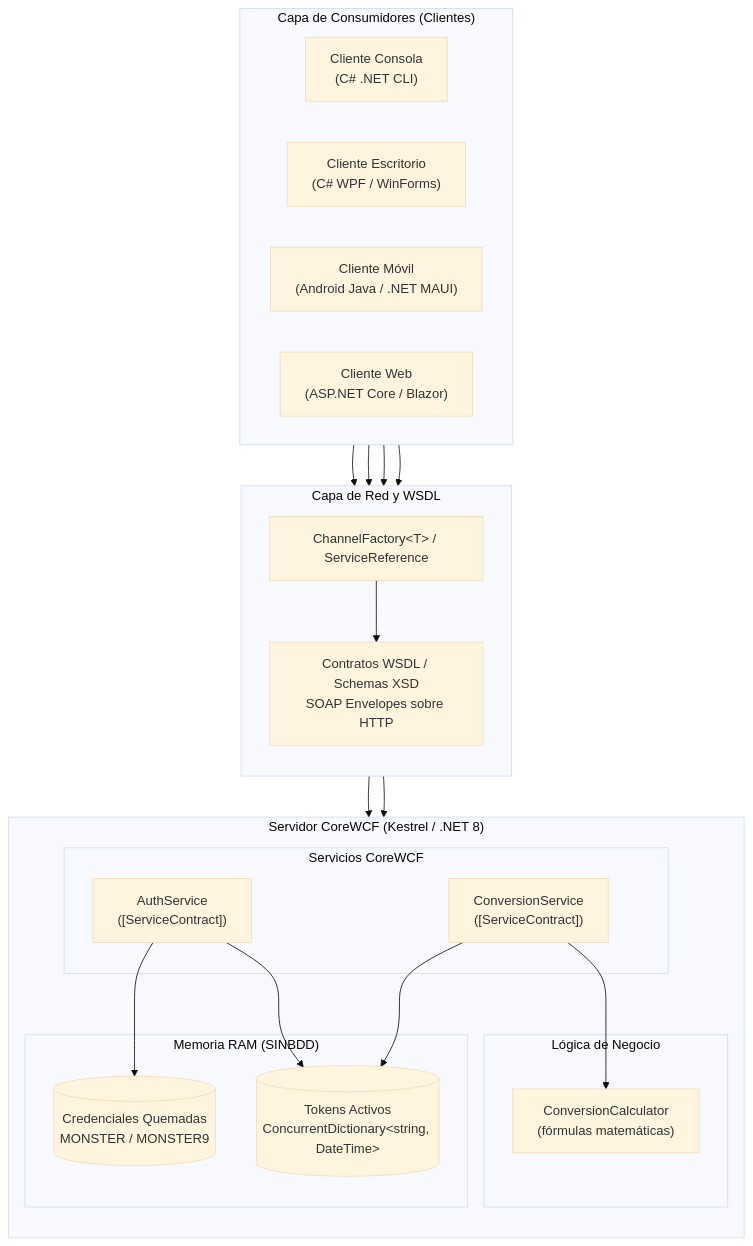
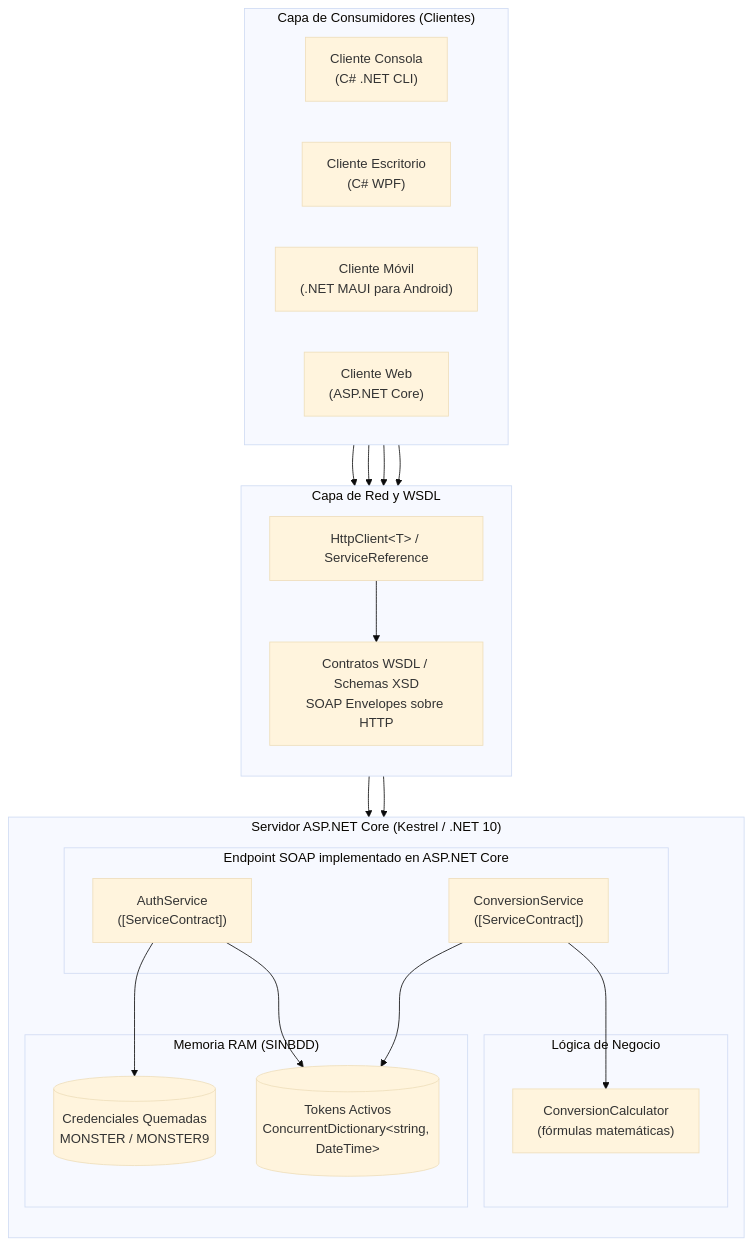
The seventh of 7 diagrams in vault/06-projects/ti-1-2-soap-dotnet/diagrams.md (JulioViche/u1-sw-arch), drawn with Mermaid (base theme) before and after one commit. The commit also changed other lines of this file and 18 other files, not shown here.

Commit message:
docs(dotnet): corregir stack MAUI y servicios

````diff
--- a/vault/06-projects/ti-1-2-soap-dotnet/diagrams.md
+++ b/vault/06-projects/ti-1-2-soap-dotnet/diagrams.md
@@ -237,47 +237,47 @@
 ```mermaid
 flowchart TB
     subgraph ClientesDotNet ["Capa de Consumidores (Clientes)"]
         direction LR
         CC["Cliente Consola<br/>(C# .NET CLI)"]
-        CE["Cliente Escritorio<br/>(C# WPF / WinForms)"]
-        CM["Cliente Móvil<br/>(Android Java / .NET MAUI)"]
-        CW["Cliente Web<br/>(ASP.NET Core / Blazor)"]
+        CE["Cliente Escritorio<br/>(C# WPF)"]
+        CM["Cliente Móvil<br/>(.NET MAUI para Android)"]
+        CW["Cliente Web<br/>(ASP.NET Core)"]
     end
 
     subgraph Integracion ["Capa de Red y WSDL"]
         direction TB
         WSDL_DEF["Contratos WSDL / Schemas XSD<br/>SOAP Envelopes sobre HTTP"]
-        PROXY_CF["ChannelFactory&lt;T&gt; / ServiceReference"]
+        PROXY_CF["HttpClient&lt;T&gt; / ServiceReference"]
     end
 
-    subgraph ServidorKestrel ["Servidor CoreWCF (Kestrel / .NET 8)"]
+    subgraph ServidorKestrel ["Servidor ASP.NET Core (Kestrel / .NET 10)"]
         direction TB
-        subgraph ServiciosWCF ["Servicios CoreWCF"]
+        subgraph ServiciosSoap ["Endpoint SOAP implementado en ASP.NET Core"]
             SVC_AUTH["AuthService<br/>([ServiceContract])"]
             SVC_CONV["ConversionService<br/>([ServiceContract])"]
         end
         
         subgraph LogicaCalculo ["Lógica de Negocio"]
             MOD_CALC["ConversionCalculator<br/>(fórmulas matemáticas)"]
         end
         
         subgraph MemoriaRAM ["Memoria RAM (SINBDD)"]
             RAM_TOKENS[("Tokens Activos<br/>ConcurrentDictionary&lt;string, DateTime&gt;")]
             RAM_CREDS[("Credenciales Quemadas<br/>MONSTER / MONSTER9")]
         end
     end
 
     CC --> PROXY_CF
     CE --> PROXY_CF
     CM --> PROXY_CF
     CW --> PROXY_CF
 
     PROXY_CF --> WSDL_DEF
     WSDL_DEF --> SVC_AUTH
     WSDL_DEF --> SVC_CONV
 
     SVC_AUTH --> RAM_CREDS
     SVC_AUTH --> RAM_TOKENS
     SVC_CONV --> RAM_TOKENS
     SVC_CONV --> MOD_CALC
 ```
````
